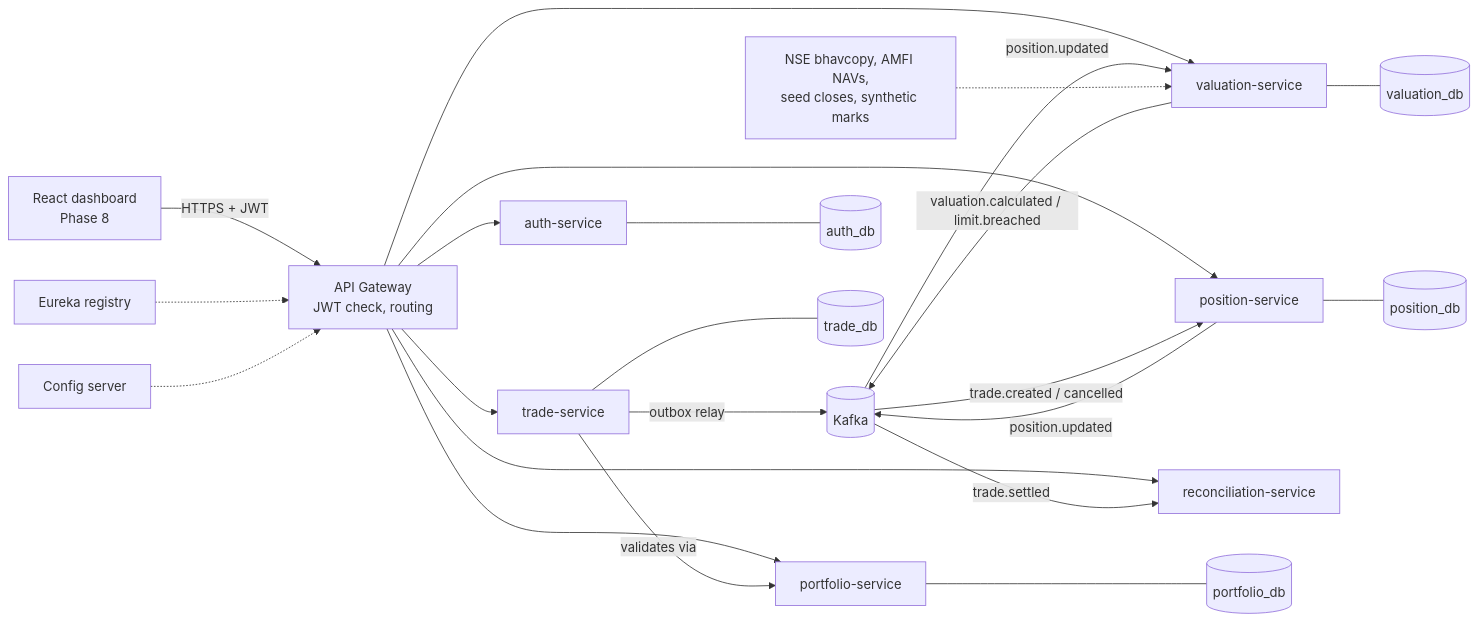
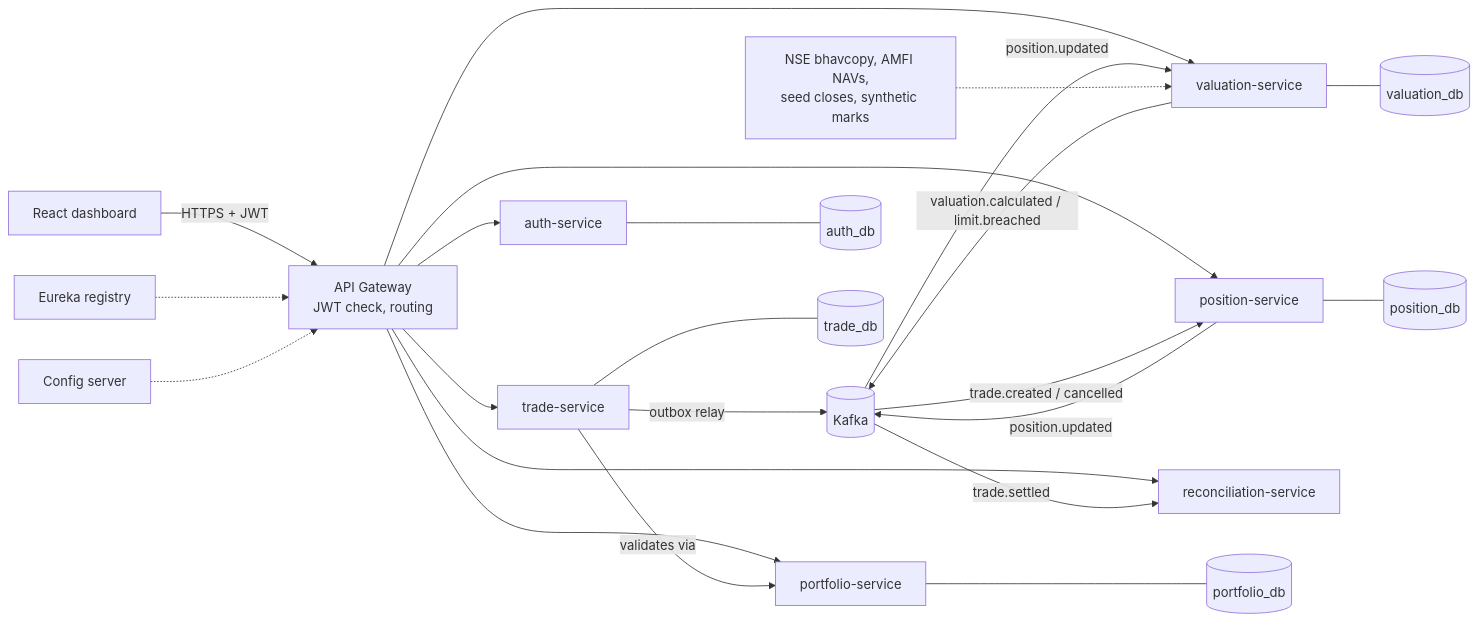
One commit to shravanib-debug/alphaledger changed the diagram in README.md. Above: the diagram before and after it, drawn with Mermaid. The commit also changed other lines of this file and 13 other files, not shown here.

Commit message:
docs: mark Phase 8 complete with dashboard guide, screenshots and test counts

````diff
--- a/README.md
+++ b/README.md
@@ -80,28 +95,28 @@
 ```mermaid
 flowchart LR
-    UI[React dashboard<br/>Phase 8] -->|HTTPS + JWT| GW[API Gateway<br/>JWT check, routing]
+    UI[React dashboard] -->|HTTPS + JWT| GW[API Gateway<br/>JWT check, routing]
     GW --> AUTH[auth-service]
     GW --> PF[portfolio-service]
     GW --> TR[trade-service]
     GW --> VAL[valuation-service]
     GW --> POS[position-service]
     GW --> REC[reconciliation-service]
 
     TR -- validates via --> PF
     TR -- outbox relay --> K[(Kafka)]
     K -- trade.created / cancelled --> POS
     POS -- position.updated --> K
     K -- position.updated --> VAL
     VAL -- valuation.calculated / limit.breached --> K
     K -- trade.settled --> REC
     MD[NSE bhavcopy, AMFI NAVs,<br/>seed closes, synthetic marks] -.-> VAL
 
     AUTH --- A[(auth_db)]
     PF --- P[(portfolio_db)]
     TR --- T[(trade_db)]
     VAL --- V[(valuation_db)]
     POS --- PO[(position_db)]
 
     EUR[Eureka registry] -.-> GW
     CFG[Config server] -.-> GW
 ```
````
